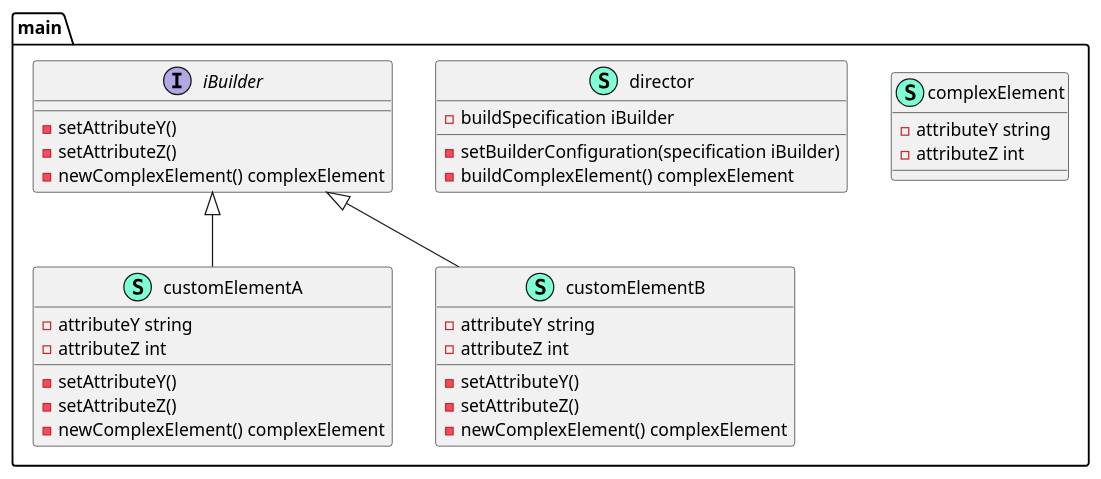
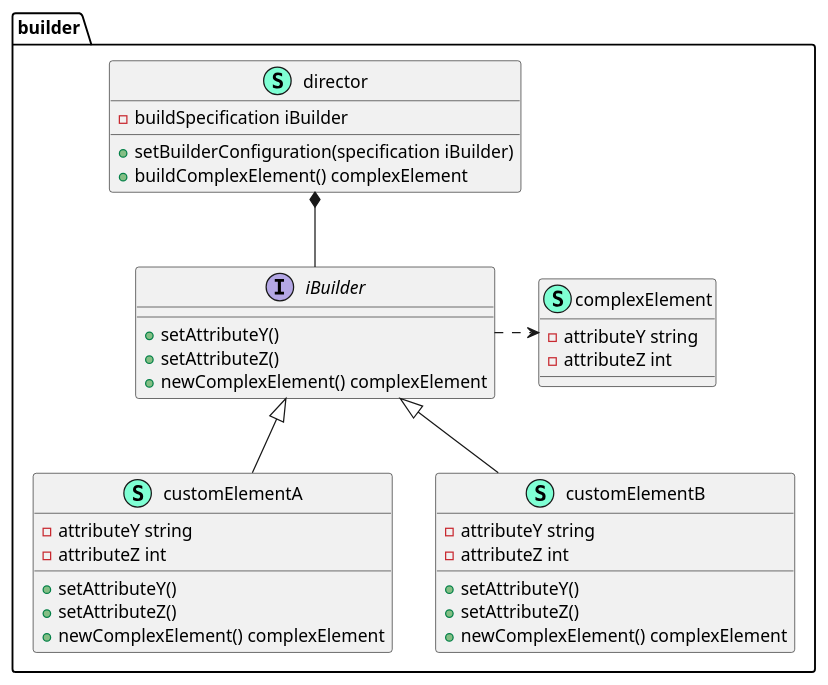
Before and after one commit to cloudemprise/go-dsgn-pttrn-builder: the diagram in go-dsgn-pttrn-builder.puml, drawn with PlantUML. The commit also changed 2 other files, not shown here.

Commit message:
UML diagram representation suitable state.

```diff
--- a/go-dsgn-pttrn-builder.puml
+++ b/go-dsgn-pttrn-builder.puml
@@ -1,44 +1,53 @@
-@startuml
-namespace main {
+@startuml builder
+
+namespace builder {
     class complexElement << (S,Aquamarine) >> {
         - attributeY string
         - attributeZ int
 
     }
-    class customElementA << (S,Aquamarine) >> {
+     class customElementA << (S,Aquamarine) >> {
         - attributeY string
         - attributeZ int
 
-        - setAttributeY() 
-        - setAttributeZ() 
-        - newComplexElement() complexElement
+        + setAttributeY() 
+        + setAttributeZ() 
+        + newComplexElement() complexElement
 
     }
     class customElementB << (S,Aquamarine) >> {
         - attributeY string
         - attributeZ int
 
-        - setAttributeY() 
-        - setAttributeZ() 
-        - newComplexElement() complexElement
+        + setAttributeY() 
+        + setAttributeZ() 
+        + newComplexElement() complexElement
 
     }
     class director << (S,Aquamarine) >> {
         - buildSpecification iBuilder
 
-        - setBuilderConfiguration(specification iBuilder) 
-        - buildComplexElement() complexElement
+        + setBuilderConfiguration(specification iBuilder) 
+        + buildComplexElement() complexElement
 
     }
     interface iBuilder  {
-        - setAttributeY() 
-        - setAttributeZ() 
-        - newComplexElement() complexElement
-
+        + setAttributeY() 
+        + setAttributeZ() 
+        + newComplexElement() complexElement
     }
 }
 
-"main.iBuilder" <|-- "main.customElementA"
-"main.iBuilder" <|-- "main.customElementB"
+"builder.director" *-- "builder.iBuilder"
+
+/' together {
+    class builder.customElementA
+    class builder.customElementB
+} '/
+"builder.iBuilder" <|-- "builder.customElementA"
+"builder.iBuilder" <|-- "builder.customElementB"
+
+'hide builder.complexElement
+"builder.iBuilder" .> "builder.complexElement"
 
 @enduml
```
